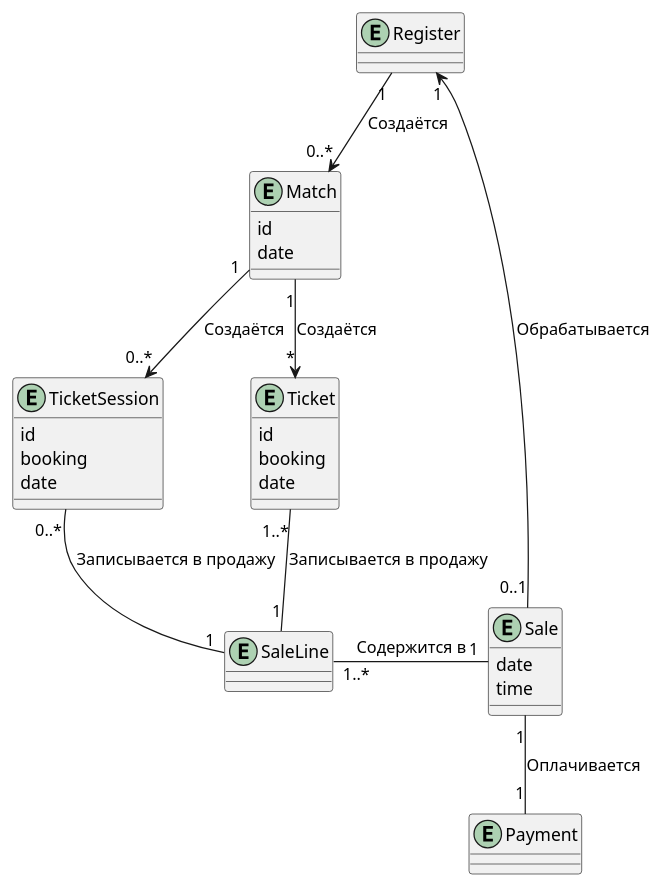
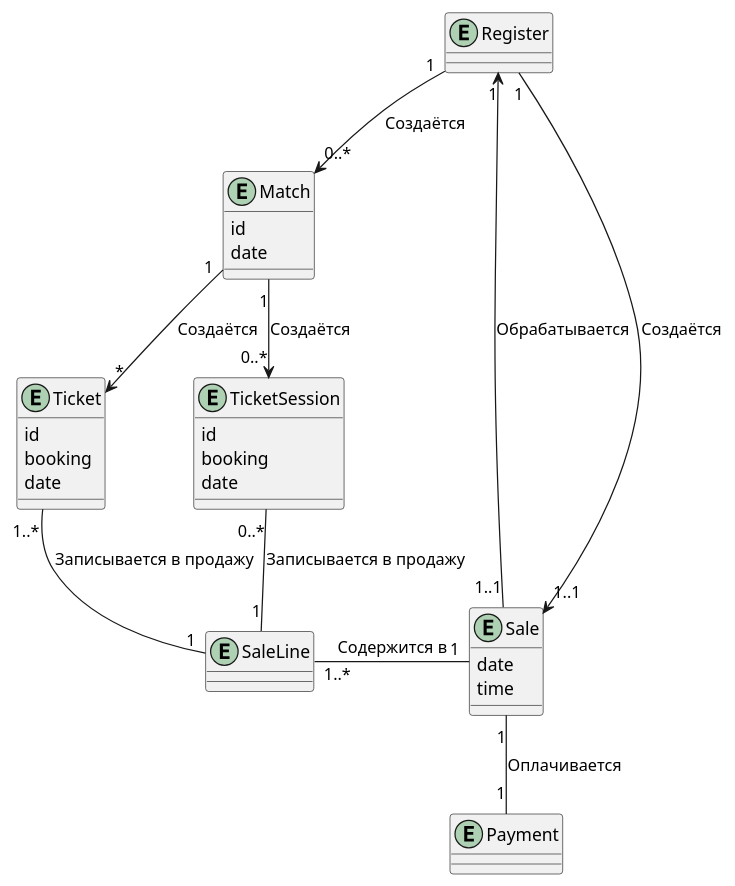
Before and after one commit to penamarth/bsbo-03-23_team4_var10_football: the diagram in Модель предметной области.md, drawn with PlantUML. The commit also changed 1 other file, not shown here.

Commit message:
Фикс диаграмм прецедента продажи и модели предметной области

````diff
--- a/Модель предметной области.md
+++ b/Модель предметной области.md
@@ -1,40 +1,41 @@
 ```plantuml
 @startuml
 
 entity Register
 entity Match
 {
     id
     date
 }
 entity Ticket
 {
     id
     booking
     date
 }
 entity TicketSession
 {
     id
     booking
     date
 }
 entity SaleLine
 entity Sale
 {
     date
     time
 }
 entity Payment
 
-Register "1" <-down- "0..1" Sale : Обрабатывается
+Register "1" <-down- "1..1" Sale : Обрабатывается
+Register "1" -down-> "1..1" Sale : Создаётся
 Register "1" -down-> "0..*" Match : Создаётся
 Match "1" -down-> "*" Ticket : Создаётся
 Match "1" -down-> "0..*" TicketSession : Создаётся
 Ticket "1..*" -down- "1" SaleLine : Записывается в продажу
 TicketSession "0..*" -down- "1" SaleLine : Записывается в продажу
 SaleLine "1..*" -right- "1" Sale : Содержится в
 Sale "1" -down- "1" Payment : Оплачивается
 
 @enduml
 ```
````
